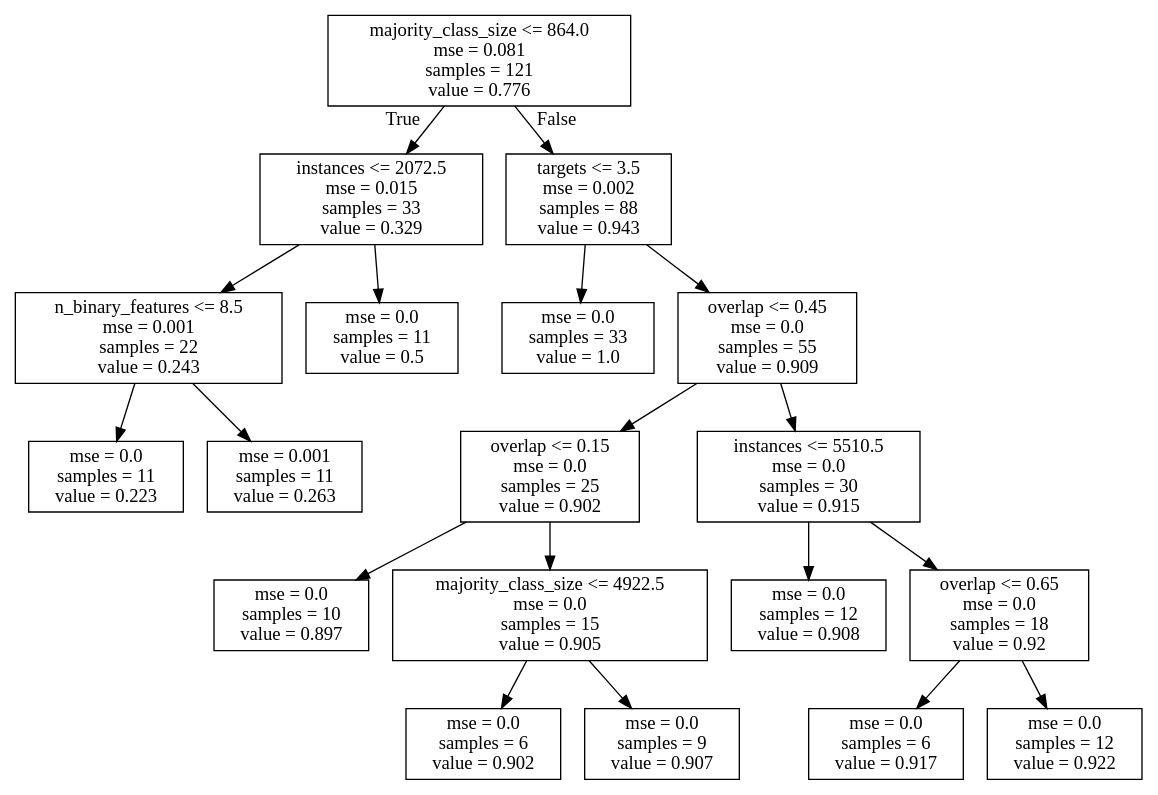
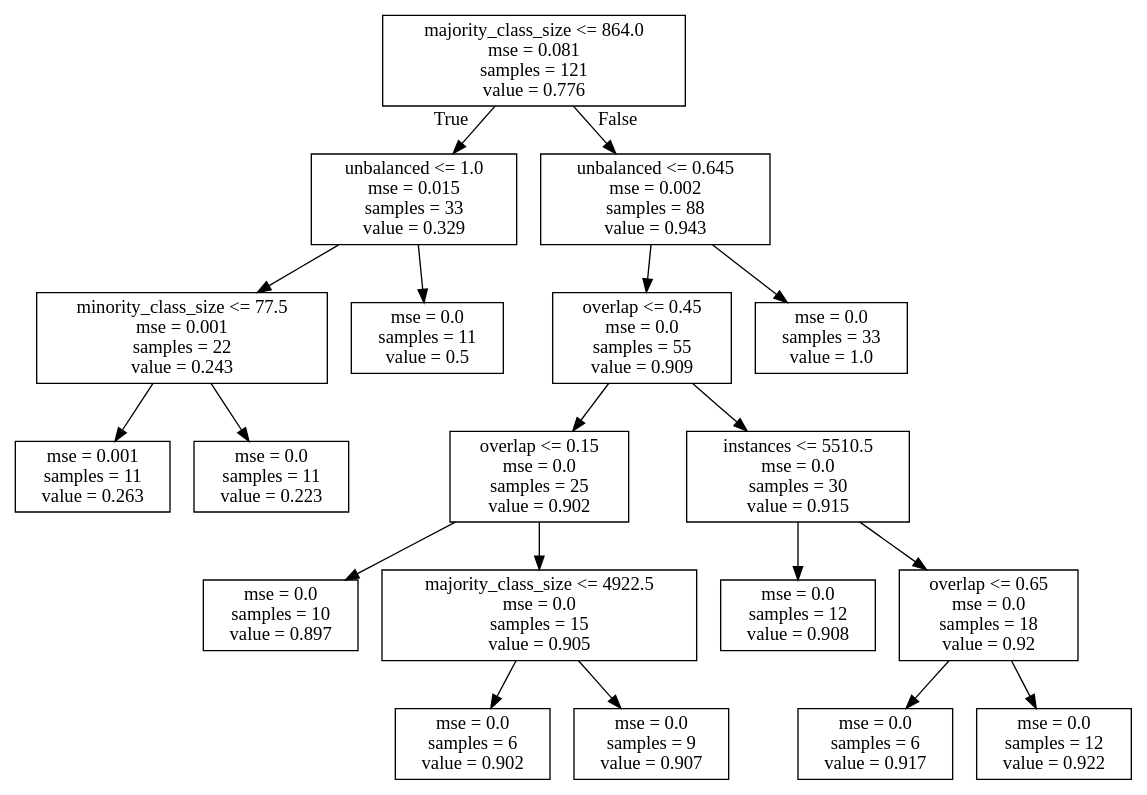
Before and after one commit to rsboos/DistributedClassifier: the diagram in analysis/learning/regression/results/trees/arb_md_dtree_f1_scores.dot, drawn with Graphviz. The commit also changed 68 other files, not shown here.

```diff
--- a/analysis/learning/regression/results/trees/arb_md_dtree_f1_scores.dot
+++ b/analysis/learning/regression/results/trees/arb_md_dtree_f1_scores.dot
@@ -1,40 +1,40 @@
 digraph Tree {
 node [shape=box] ;
 0 [label="majority_class_size <= 864.0\nmse = 0.081\nsamples = 121\nvalue = 0.776"] ;
-1 [label="instances <= 2072.5\nmse = 0.015\nsamples = 33\nvalue = 0.329"] ;
+1 [label="unbalanced <= 1.0\nmse = 0.015\nsamples = 33\nvalue = 0.329"] ;
 0 -> 1 [labeldistance=2.5, labelangle=45, headlabel="True"] ;
-2 [label="n_binary_features <= 8.5\nmse = 0.001\nsamples = 22\nvalue = 0.243"] ;
+2 [label="minority_class_size <= 77.5\nmse = 0.001\nsamples = 22\nvalue = 0.243"] ;
 1 -> 2 ;
-3 [label="mse = 0.0\nsamples = 11\nvalue = 0.223"] ;
+3 [label="mse = 0.001\nsamples = 11\nvalue = 0.263"] ;
 2 -> 3 ;
-4 [label="mse = 0.001\nsamples = 11\nvalue = 0.263"] ;
+4 [label="mse = 0.0\nsamples = 11\nvalue = 0.223"] ;
 2 -> 4 ;
 5 [label="mse = 0.0\nsamples = 11\nvalue = 0.5"] ;
 1 -> 5 ;
-6 [label="targets <= 3.5\nmse = 0.002\nsamples = 88\nvalue = 0.943"] ;
+6 [label="unbalanced <= 0.645\nmse = 0.002\nsamples = 88\nvalue = 0.943"] ;
 0 -> 6 [labeldistance=2.5, labelangle=-45, headlabel="False"] ;
-7 [label="mse = 0.0\nsamples = 33\nvalue = 1.0"] ;
+7 [label="overlap <= 0.45\nmse = 0.0\nsamples = 55\nvalue = 0.909"] ;
 6 -> 7 ;
-8 [label="overlap <= 0.45\nmse = 0.0\nsamples = 55\nvalue = 0.909"] ;
-6 -> 8 ;
-9 [label="overlap <= 0.15\nmse = 0.0\nsamples = 25\nvalue = 0.902"] ;
+8 [label="overlap <= 0.15\nmse = 0.0\nsamples = 25\nvalue = 0.902"] ;
+7 -> 8 ;
+9 [label="mse = 0.0\nsamples = 10\nvalue = 0.897"] ;
 8 -> 9 ;
-10 [label="mse = 0.0\nsamples = 10\nvalue = 0.897"] ;
-9 -> 10 ;
-11 [label="majority_class_size <= 4922.5\nmse = 0.0\nsamples = 15\nvalue = 0.905"] ;
-9 -> 11 ;
-12 [label="mse = 0.0\nsamples = 6\nvalue = 0.902"] ;
-11 -> 12 ;
-13 [label="mse = 0.0\nsamples = 9\nvalue = 0.907"] ;
-11 -> 13 ;
-14 [label="instances <= 5510.5\nmse = 0.0\nsamples = 30\nvalue = 0.915"] ;
-8 -> 14 ;
-15 [label="mse = 0.0\nsamples = 12\nvalue = 0.908"] ;
-14 -> 15 ;
-16 [label="overlap <= 0.65\nmse = 0.0\nsamples = 18\nvalue = 0.92"] ;
-14 -> 16 ;
-17 [label="mse = 0.0\nsamples = 6\nvalue = 0.917"] ;
-16 -> 17 ;
-18 [label="mse = 0.0\nsamples = 12\nvalue = 0.922"] ;
-16 -> 18 ;
+10 [label="majority_class_size <= 4922.5\nmse = 0.0\nsamples = 15\nvalue = 0.905"] ;
+8 -> 10 ;
+11 [label="mse = 0.0\nsamples = 6\nvalue = 0.902"] ;
+10 -> 11 ;
+12 [label="mse = 0.0\nsamples = 9\nvalue = 0.907"] ;
+10 -> 12 ;
+13 [label="instances <= 5510.5\nmse = 0.0\nsamples = 30\nvalue = 0.915"] ;
+7 -> 13 ;
+14 [label="mse = 0.0\nsamples = 12\nvalue = 0.908"] ;
+13 -> 14 ;
+15 [label="overlap <= 0.65\nmse = 0.0\nsamples = 18\nvalue = 0.92"] ;
+13 -> 15 ;
+16 [label="mse = 0.0\nsamples = 6\nvalue = 0.917"] ;
+15 -> 16 ;
+17 [label="mse = 0.0\nsamples = 12\nvalue = 0.922"] ;
+15 -> 17 ;
+18 [label="mse = 0.0\nsamples = 33\nvalue = 1.0"] ;
+6 -> 18 ;
 }
```
